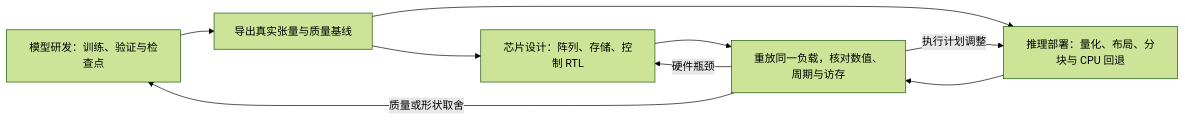
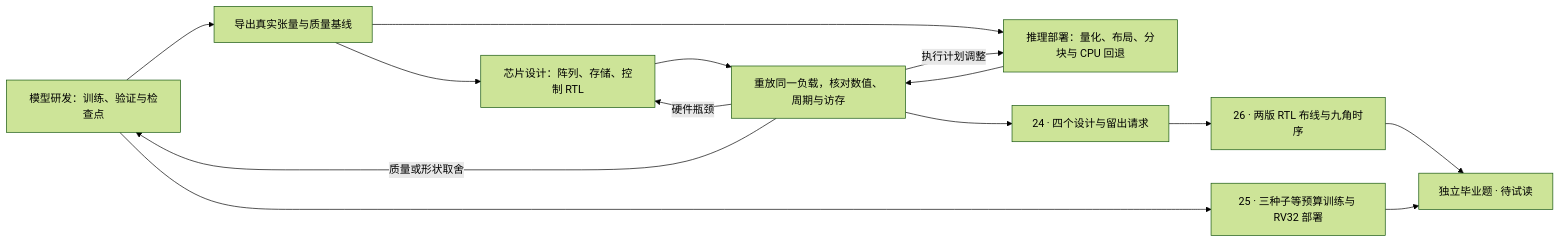
Before and after one commit to friendmine/AIMakeAll: the first of 2 diagrams in docs/PROJECT_MAP.md, drawn with Mermaid (forest theme). The commit also changed 45 other files, not shown here.

````diff
--- a/docs/PROJECT_MAP.md
+++ b/docs/PROJECT_MAP.md
@@ -11,11 +11,16 @@
 ```mermaid
 flowchart LR
     Model["模型研发：训练、验证与检查点"] --> Tensor["导出真实张量与质量基线"]
     Tensor --> Chip["芯片设计：阵列、存储、控制 RTL"]
     Tensor --> Infer["推理部署：量化、布局、分块与 CPU 回退"]
     Chip --> Run["重放同一负载，核对数值、周期与访存"]
     Infer --> Run
     Run -->|硬件瓶颈| Chip
     Run -->|质量或形状取舍| Model
     Run -->|执行计划调整| Infer
+    Run --> Select["24 · 四个设计与留出请求"]
+    Model --> Study["25 · 三种子等预算训练与 RV32 部署"]
+    Select --> Route["26 · 两版 RTL 布线与九角时序"]
+    Route --> Exam["独立毕业题 · 待试读"]
+    Study --> Exam
 ```
````
